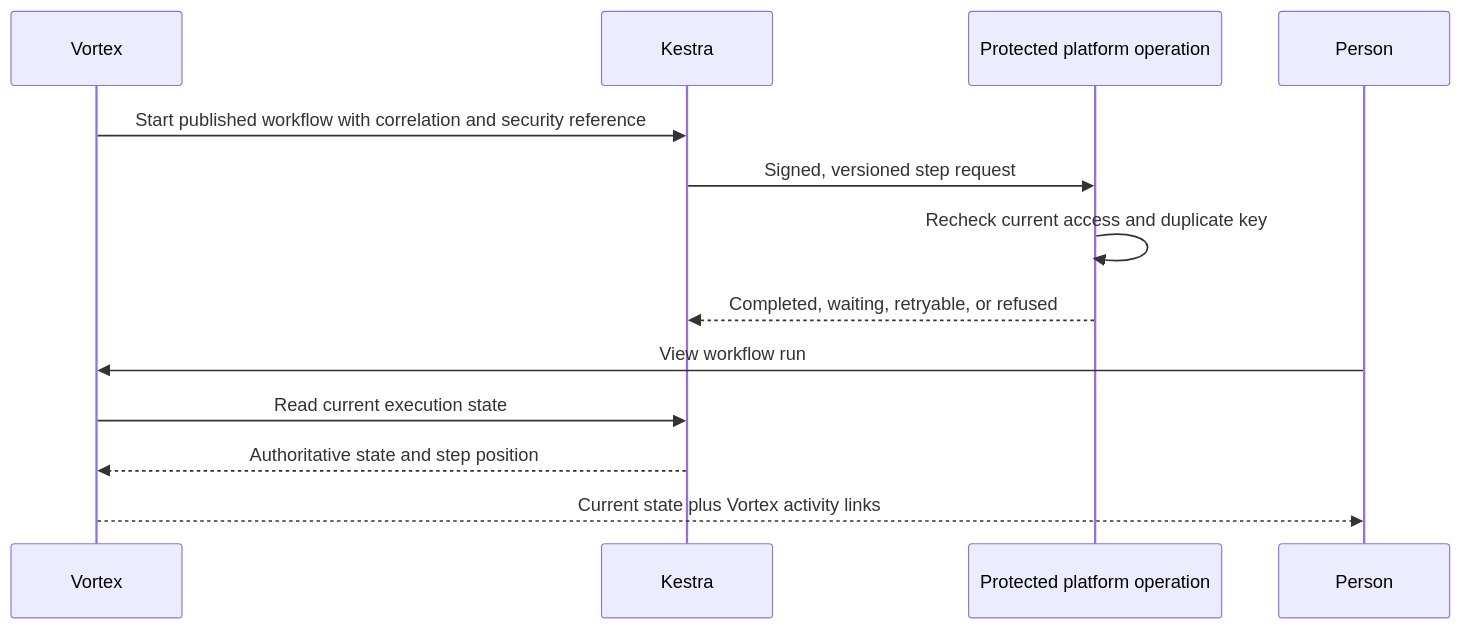
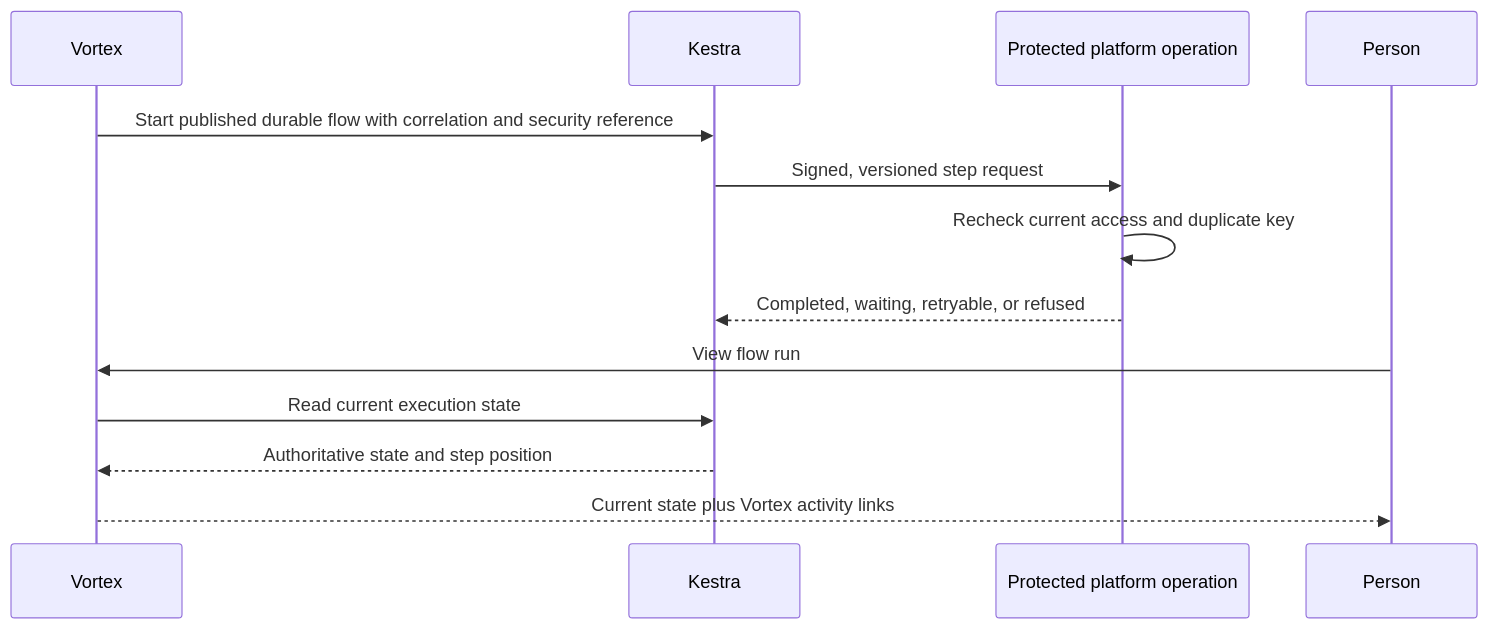
Before and after one commit to Abzum-NZ/Abzum-Vortex: the first of 4 diagrams in docs/specification/09-workflows-and-pipelines.md, drawn with Mermaid. The commit also changed other lines of this file and 6 other files, not shown here.

First line of the commit message:
#978 Align the workflow, application and runtime-service specification with the flow language

````diff
--- a/docs/specification/09-workflows-and-pipelines.md
+++ b/docs/specification/09-workflows-and-pipelines.md
@@ -17,15 +17,15 @@
 ```mermaid
 sequenceDiagram
     participant V as Vortex
     participant K as Kestra
     participant P as Protected platform operation
     participant U as Person
-    V->>K: Start published workflow with correlation and security reference
+    V->>K: Start published durable flow with correlation and security reference
     K->>P: Signed, versioned step request
     P->>P: Recheck current access and duplicate key
     P-->>K: Completed, waiting, retryable, or refused
-    U->>V: View workflow run
+    U->>V: View flow run
     V->>K: Read current execution state
     K-->>V: Authoritative state and step position
     V-->>U: Current state plus Vortex activity links
 ```
````
